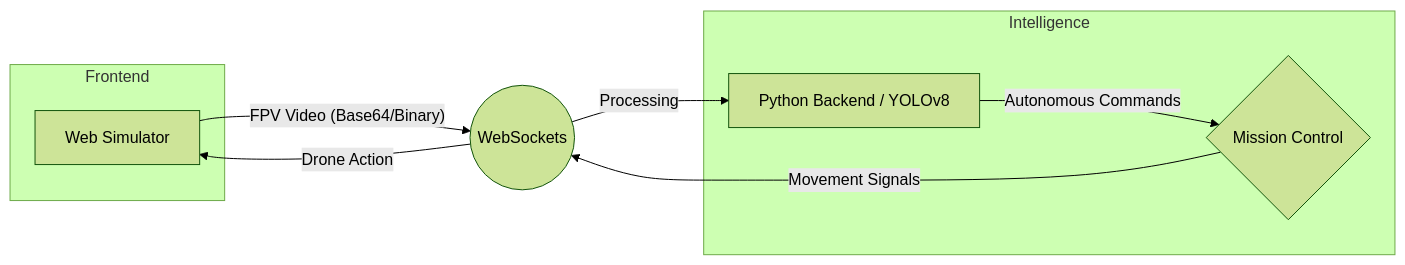
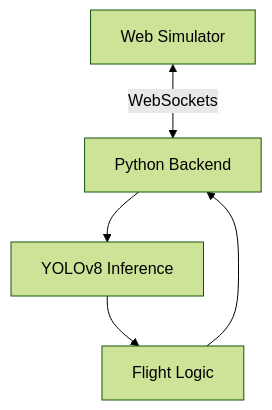
One commit to Leansxd/tello-web changed the diagram in README.md. Above: the diagram before and after it, drawn with Mermaid (forest theme). The commit also changed other lines of this file, not shown here.

````diff
--- a/README.md
+++ b/README.md
@@ -52,17 +38,7 @@
 ```mermaid
-graph LR
-    A[Web Simulator] -- "FPV Video (Base64/Binary)" --> B((WebSockets))
-    B -- "Processing" --> C[Python Backend / YOLOv8]
-    C -- "Autonomous Commands" --> D{Mission Control}
-    D -- "Movement Signals" --> B
-    B -- "Drone Action" --> A
-    
-    subgraph Frontend
-    A
-    end
-    
-    subgraph Intelligence
-    C
-    D
-    end
+graph TD
+    A[Web Simulator] <-->|WebSockets| B[Python Backend]
+    B --> C[YOLOv8 Inference]
+    C --> D[Flight Logic]
+    D --> B
 ```
````
